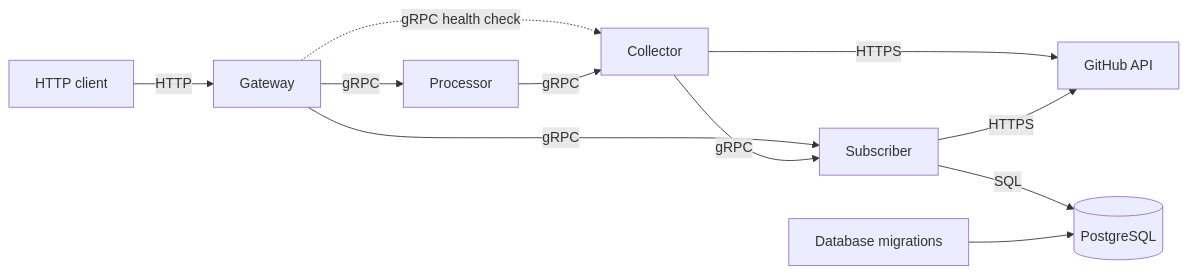
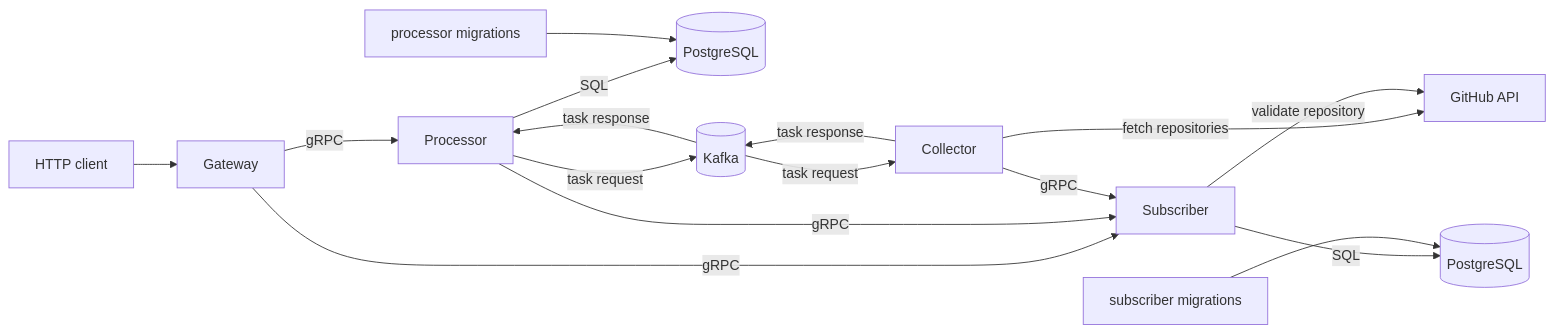
One commit to xamelllion/golang-course changed the diagram in README.md. Above: the diagram before and after it, drawn with Mermaid. The commit also changed other lines of this file, not shown here.

````diff
--- a/README.md
+++ b/README.md
@@ -7,15 +7,24 @@
 ```mermaid
 flowchart LR
-    Client[HTTP client] -->|HTTP| Gateway
+    Client[HTTP client] --> Gateway[Gateway]
 
-    Gateway -->|gRPC| Processor
-    Gateway -->|gRPC| Subscriber
-    Gateway -.->|gRPC health check| Collector
-    Processor -->|gRPC| Collector
+    Gateway -->|gRPC| Processor[Processor]
+    Gateway -->|gRPC| Subscriber[Subscriber]
+
+    Processor -->|SQL| ProcessorDB[(PostgreSQL)]
+    Processor -->|task request| Kafka[(Kafka)]
+    Kafka -->|task response| Processor
+
+    Kafka -->|task request| Collector[Collector]
+    Collector -->|task response| Kafka
+
+    Processor -->|gRPC| Subscriber
     Collector -->|gRPC| Subscriber
 
-    Collector -->|HTTPS| GitHub[GitHub API]
-    Subscriber -->|HTTPS| GitHub
-    Subscriber -->|SQL| PostgreSQL[(PostgreSQL)]
-    Migrate[Database migrations] --> PostgreSQL
+    Collector -->|fetch repositories| GitHub[GitHub API]
+    Subscriber -->|validate repository| GitHub
+    Subscriber -->|SQL| SubscriberDB[(PostgreSQL)]
+
+    MigrateSubscriber[subscriber migrations] --> SubscriberDB
+    MigrateProcessor[processor migrations] --> ProcessorDB
 ```
````
